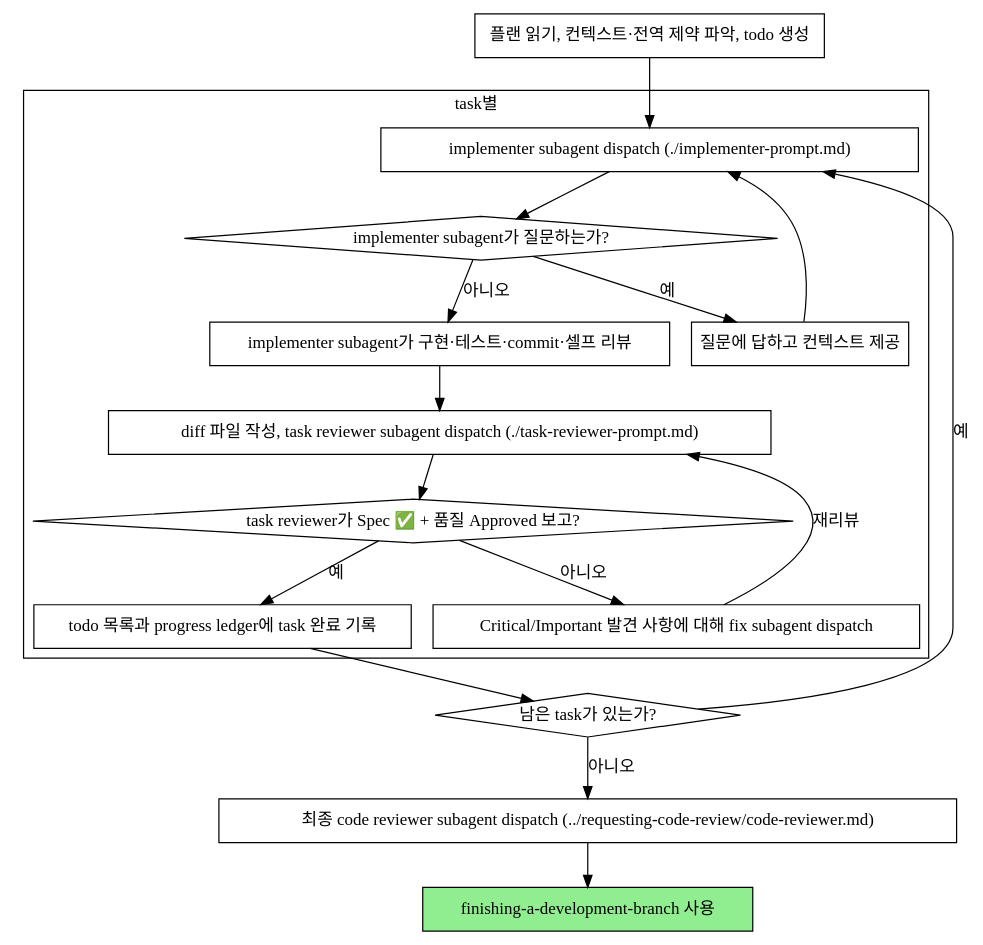
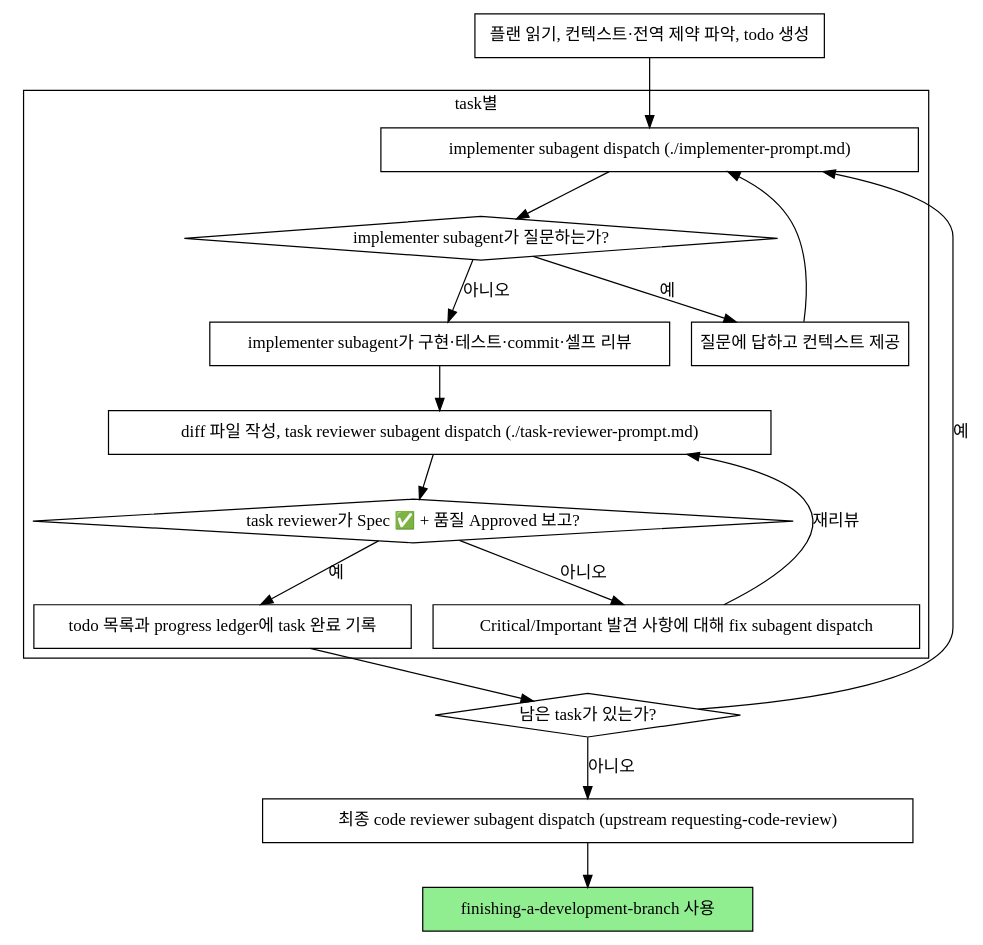
Before and after one commit to cyhcyh100/ai-driven-workflow: the second of 2 diagrams in skills/subagent-driven-development/SKILL.md, drawn with Graphviz. The commit also changed other lines of this file and 17 other files, not shown here.

````diff
--- a/skills/subagent-driven-development/SKILL.md
+++ b/skills/subagent-driven-development/SKILL.md
@@ -46,37 +46,37 @@
 ```dot
 digraph process {
     rankdir=TB;
 
     subgraph cluster_per_task {
         label="task별";
         "implementer subagent dispatch (./implementer-prompt.md)" [shape=box];
         "implementer subagent가 질문하는가?" [shape=diamond];
         "질문에 답하고 컨텍스트 제공" [shape=box];
         "implementer subagent가 구현·테스트·commit·셀프 리뷰" [shape=box];
         "diff 파일 작성, task reviewer subagent dispatch (./task-reviewer-prompt.md)" [shape=box];
         "task reviewer가 Spec ✅ + 품질 Approved 보고?" [shape=diamond];
         "Critical/Important 발견 사항에 대해 fix subagent dispatch" [shape=box];
         "todo 목록과 progress ledger에 task 완료 기록" [shape=box];
     }
 
     "플랜 읽기, 컨텍스트·전역 제약 파악, todo 생성" [shape=box];
     "남은 task가 있는가?" [shape=diamond];
-    "최종 code reviewer subagent dispatch (../requesting-code-review/code-reviewer.md)" [shape=box];
+    "최종 code reviewer subagent dispatch (upstream requesting-code-review)" [shape=box];
     "finishing-a-development-branch 사용" [shape=box style=filled fillcolor=lightgreen];
 
     "플랜 읽기, 컨텍스트·전역 제약 파악, todo 생성" -> "implementer subagent dispatch (./implementer-prompt.md)";
     "implementer subagent dispatch (./implementer-prompt.md)" -> "implementer subagent가 질문하는가?";
     "implementer subagent가 질문하는가?" -> "질문에 답하고 컨텍스트 제공" [label="예"];
     "질문에 답하고 컨텍스트 제공" -> "implementer subagent dispatch (./implementer-prompt.md)";
     "implementer subagent가 질문하는가?" -> "implementer subagent가 구현·테스트·commit·셀프 리뷰" [label="아니오"];
     "implementer subagent가 구현·테스트·commit·셀프 리뷰" -> "diff 파일 작성, task reviewer subagent dispatch (./task-reviewer-prompt.md)";
     "diff 파일 작성, task reviewer subagent dispatch (./task-reviewer-prompt.md)" -> "task reviewer가 Spec ✅ + 품질 Approved 보고?";
     "task reviewer가 Spec ✅ + 품질 Approved 보고?" -> "Critical/Important 발견 사항에 대해 fix subagent dispatch" [label="아니오"];
     "Critical/Important 발견 사항에 대해 fix subagent dispatch" -> "diff 파일 작성, task reviewer subagent dispatch (./task-reviewer-prompt.md)" [label="재리뷰"];
     "task reviewer가 Spec ✅ + 품질 Approved 보고?" -> "todo 목록과 progress ledger에 task 완료 기록" [label="예"];
     "todo 목록과 progress ledger에 task 완료 기록" -> "남은 task가 있는가?";
     "남은 task가 있는가?" -> "implementer subagent dispatch (./implementer-prompt.md)" [label="예"];
-    "남은 task가 있는가?" -> "최종 code reviewer subagent dispatch (../requesting-code-review/code-reviewer.md)" [label="아니오"];
-    "최종 code reviewer subagent dispatch (../requesting-code-review/code-reviewer.md)" -> "finishing-a-development-branch 사용";
+    "남은 task가 있는가?" -> "최종 code reviewer subagent dispatch (upstream requesting-code-review)" [label="아니오"];
+    "최종 code reviewer subagent dispatch (upstream requesting-code-review)" -> "finishing-a-development-branch 사용";
 }
 ```
````
